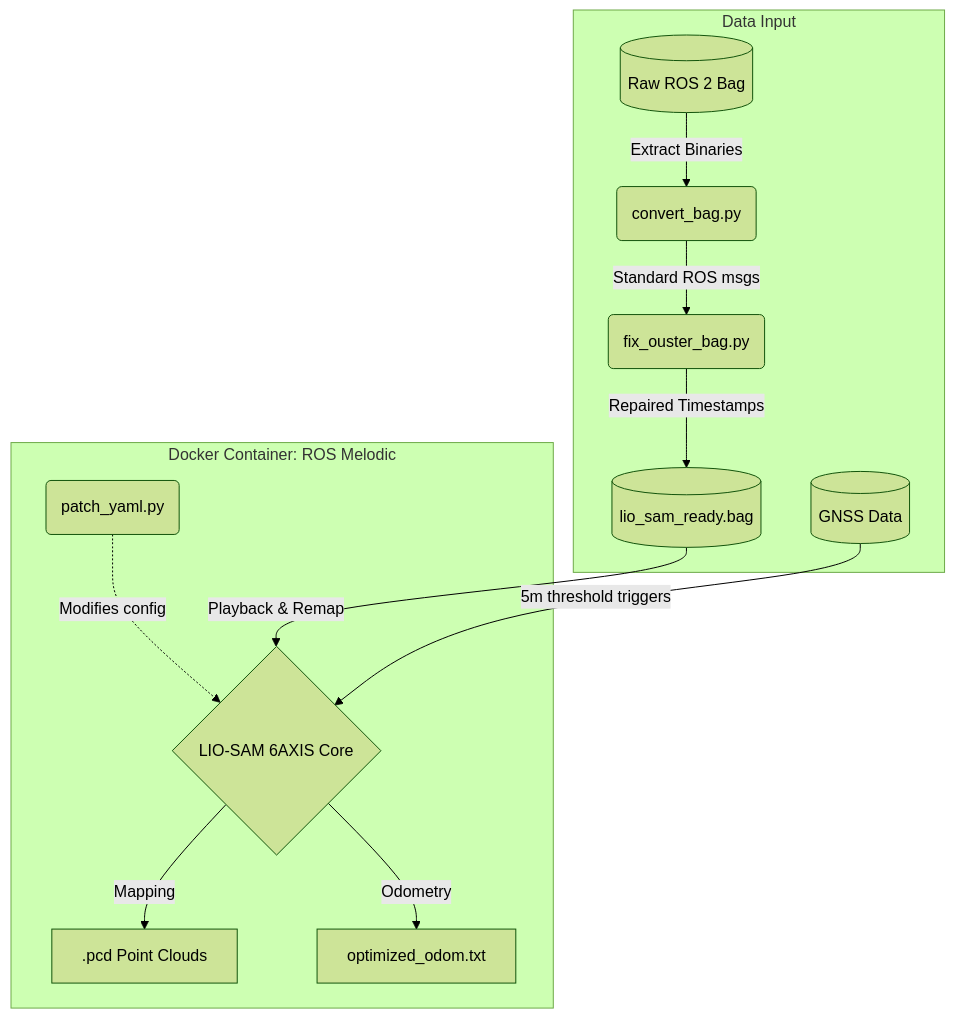
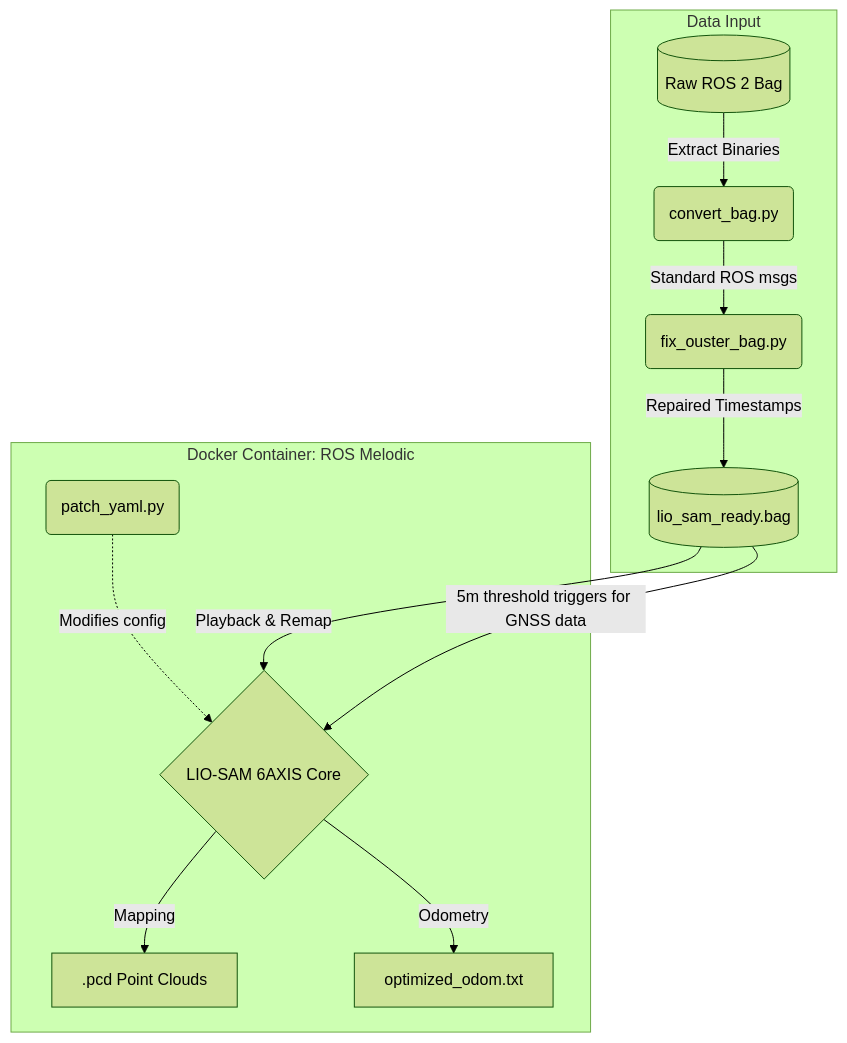
One commit to Armin-Ebrahimi-Saba/LIDAR-Odometry changed the diagram in README.md. Above: the diagram before and after it, drawn with Mermaid (forest theme). The commit also changed other lines of this file, not shown here.

````diff
--- a/README.md
+++ b/README.md
@@ -43,17 +43,16 @@
 ```mermaid
 flowchart TD
     subgraph Data Input
         B1[(Raw ROS 2 Bag)] -->|Extract Binaries| conv(convert_bag.py)
         conv -->|Standard ROS msgs| P1(fix_ouster_bag.py)
         P1 -->|Repaired Timestamps| B2[(lio_sam_ready.bag)]
-        GNSS[(GNSS Data)]
     end
 
     subgraph Docker Container: ROS Melodic
         patch(patch_yaml.py) -.->|Modifies config| core
         B2 -->|Playback & Remap| core{LIO-SAM 6AXIS Core}
-        GNSS -->|5m threshold triggers| core
+        B2 -->|5m threshold triggers for GNSS data| core
         core -->|Mapping| pcd[.pcd Point Clouds]
         core -->|Odometry| txt[optimized_odom.txt]
     end
 ```
````
